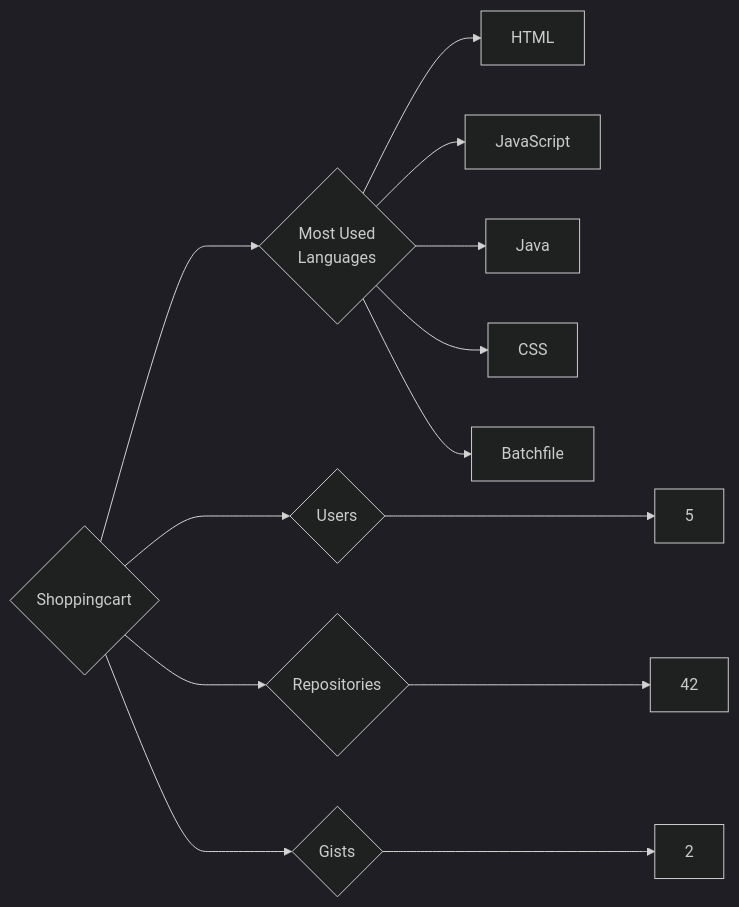
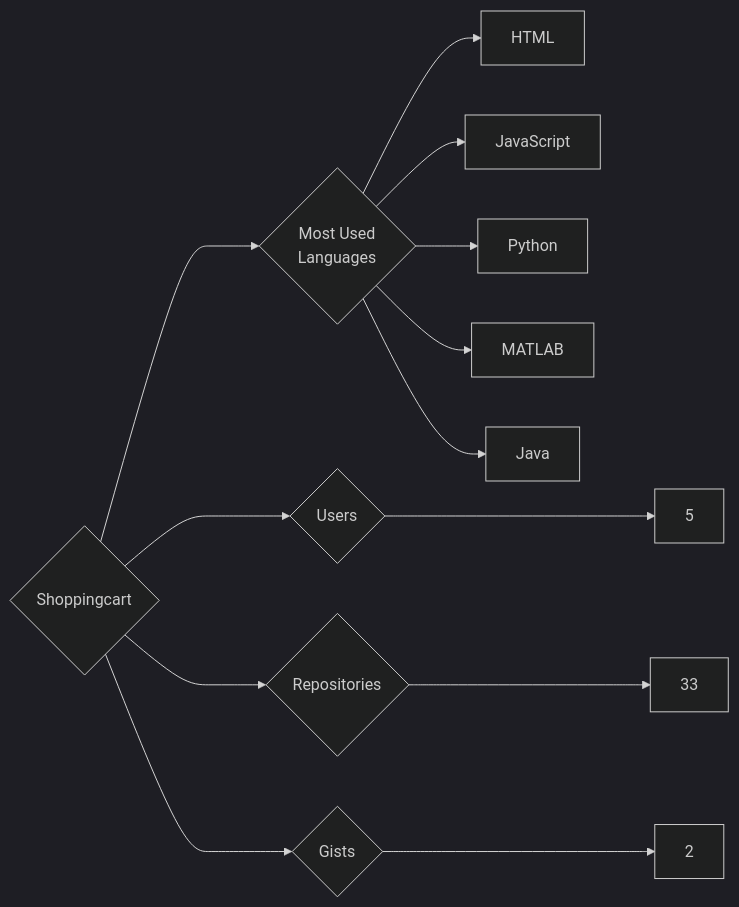
Before and after one commit to trickest/insiders: the diagram in targets/Shoppingcart/README.md, drawn with Mermaid (dark theme). The commit also changed 1484 other files, not shown here.

````diff
--- a/targets/Shoppingcart/README.md
+++ b/targets/Shoppingcart/README.md
@@ -3,13 +3,13 @@
 ```mermaid
 graph LR
 COMPANY_NAME{Shoppingcart}
 COMPANY_NAME ---> U{Users} ---> UN[5]
-COMPANY_NAME ---> R{Repositories} ---> RN[42]
+COMPANY_NAME ---> R{Repositories} ---> RN[33]
 COMPANY_NAME ---> G{Gists} ---> GN[2]
 COMPANY_NAME ---> ML{Most Used<br>Languages}
 ML --> HTML[HTML]
 ML --> JavaScript[JavaScript]
+ML --> Python[Python]
+ML --> MATLAB[MATLAB]
 ML --> Java[Java]
-ML --> CSS[CSS]
-ML --> Batchfile[Batchfile]
 ```
````
